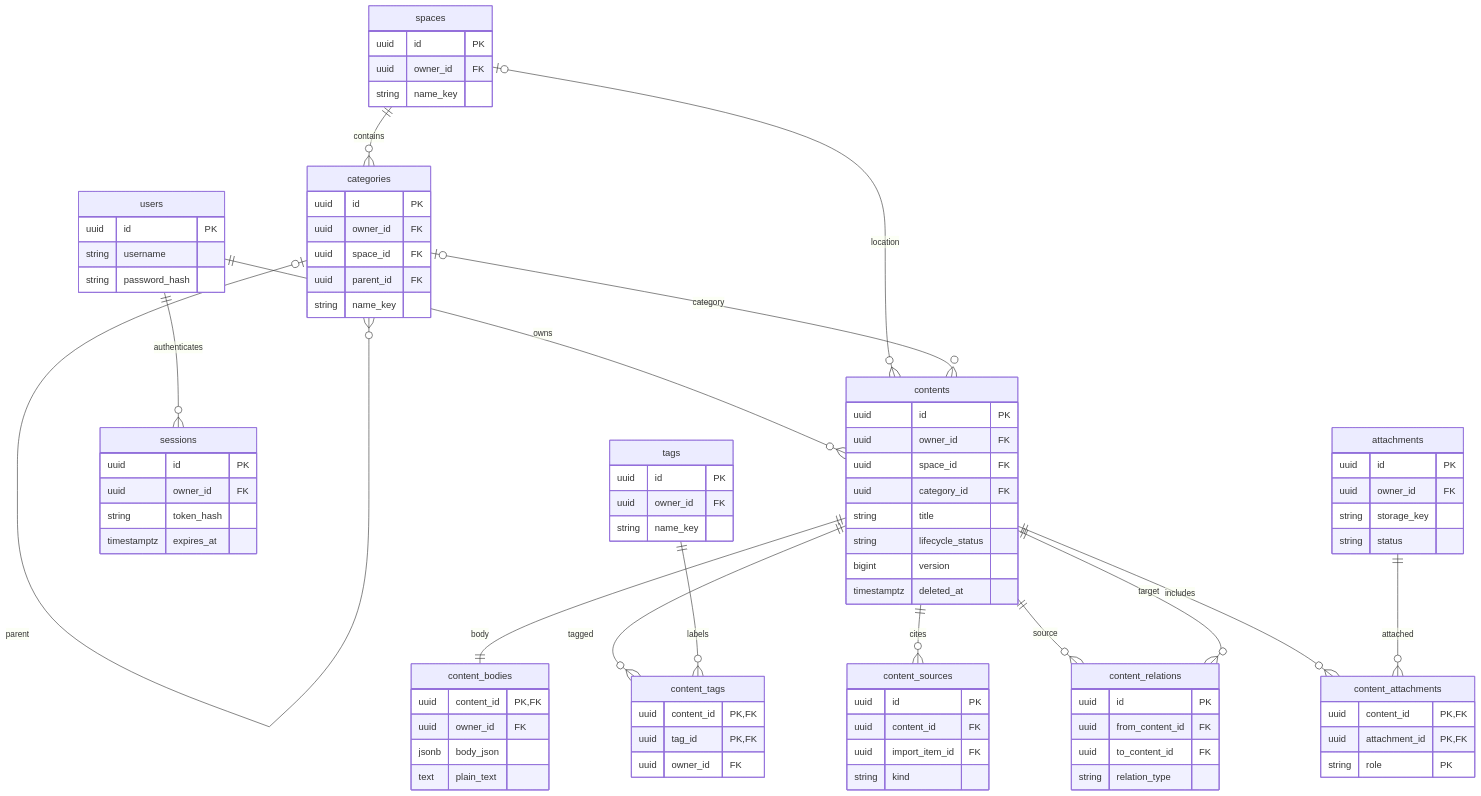
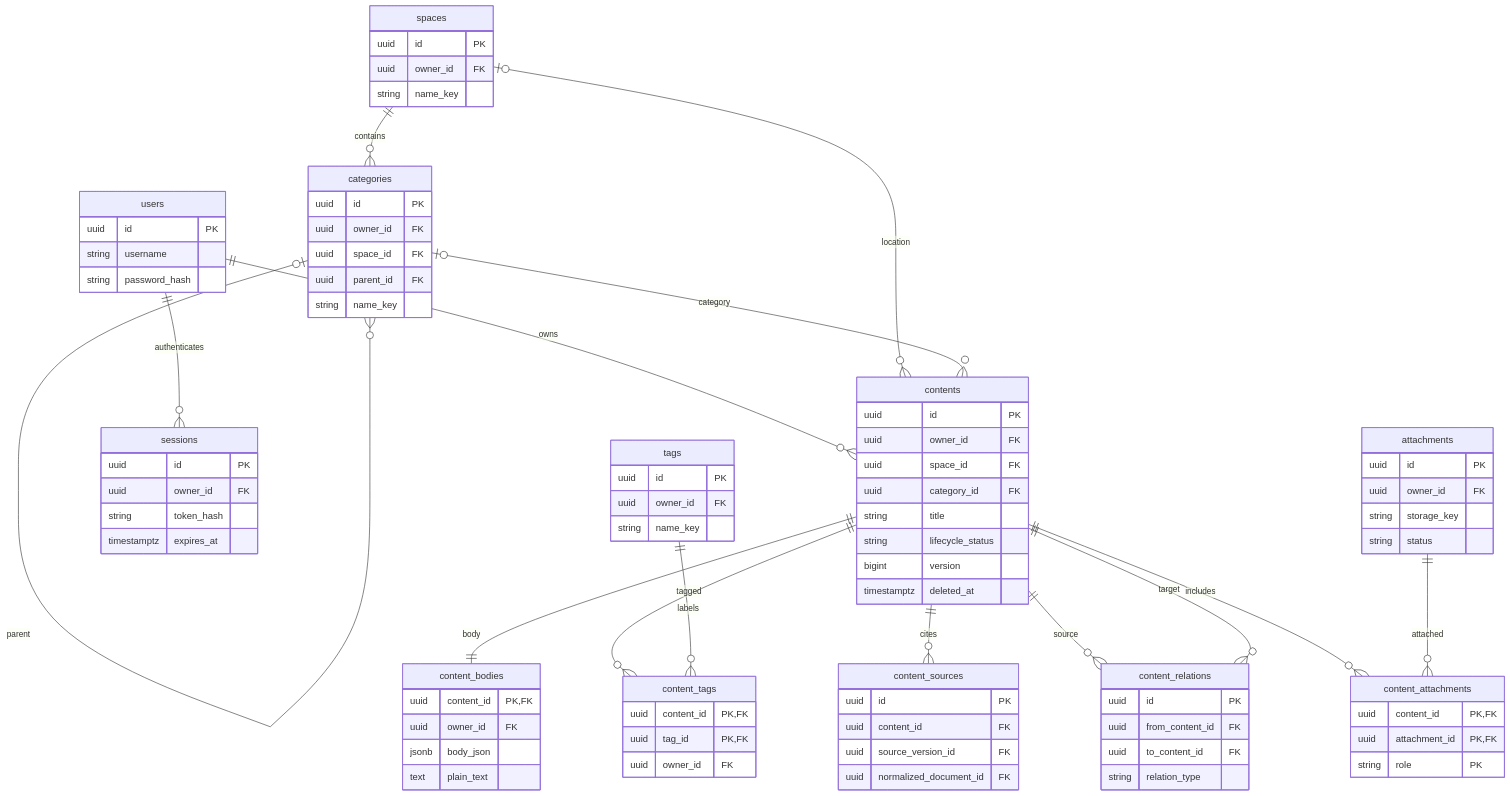
Before and after one commit to marineyulxl/Luma: the second of 7 diagrams in docs/architecture/DATABASE-DESIGN.md, drawn with Mermaid. The commit also changed other lines of this file and 82 other files, not shown here.

````diff
--- a/docs/architecture/DATABASE-DESIGN.md
+++ b/docs/architecture/DATABASE-DESIGN.md
@@ -151,29 +168,29 @@
 ```mermaid
 erDiagram
     users ||--o{ contents : owns
     users ||--o{ sessions : authenticates
     spaces ||--o{ categories : contains
     categories o|--o{ categories : parent
     spaces o|--o{ contents : location
     categories o|--o{ contents : category
     contents ||--|| content_bodies : body
     contents ||--o{ content_tags : tagged
     tags ||--o{ content_tags : labels
     contents ||--o{ content_sources : cites
     contents ||--o{ content_relations : source
     contents ||--o{ content_relations : target
     contents ||--o{ content_attachments : includes
     attachments ||--o{ content_attachments : attached
     users { uuid id PK string username string password_hash }
     sessions { uuid id PK uuid owner_id FK string token_hash timestamptz expires_at }
     spaces { uuid id PK uuid owner_id FK string name_key }
     categories { uuid id PK uuid owner_id FK uuid space_id FK uuid parent_id FK string name_key }
     contents { uuid id PK uuid owner_id FK uuid space_id FK uuid category_id FK string title string lifecycle_status bigint version timestamptz deleted_at }
     content_bodies { uuid content_id PK,FK uuid owner_id FK jsonb body_json text plain_text }
     tags { uuid id PK uuid owner_id FK string name_key }
     content_tags { uuid content_id PK,FK uuid tag_id PK,FK uuid owner_id FK }
-    content_sources { uuid id PK uuid content_id FK uuid import_item_id FK string kind }
+    content_sources { uuid id PK uuid content_id FK uuid source_version_id FK uuid normalized_document_id FK }
     content_relations { uuid id PK uuid from_content_id FK uuid to_content_id FK string relation_type }
     attachments { uuid id PK uuid owner_id FK string storage_key string status }
     content_attachments { uuid content_id PK,FK uuid attachment_id PK,FK string role PK }
 ```
````
